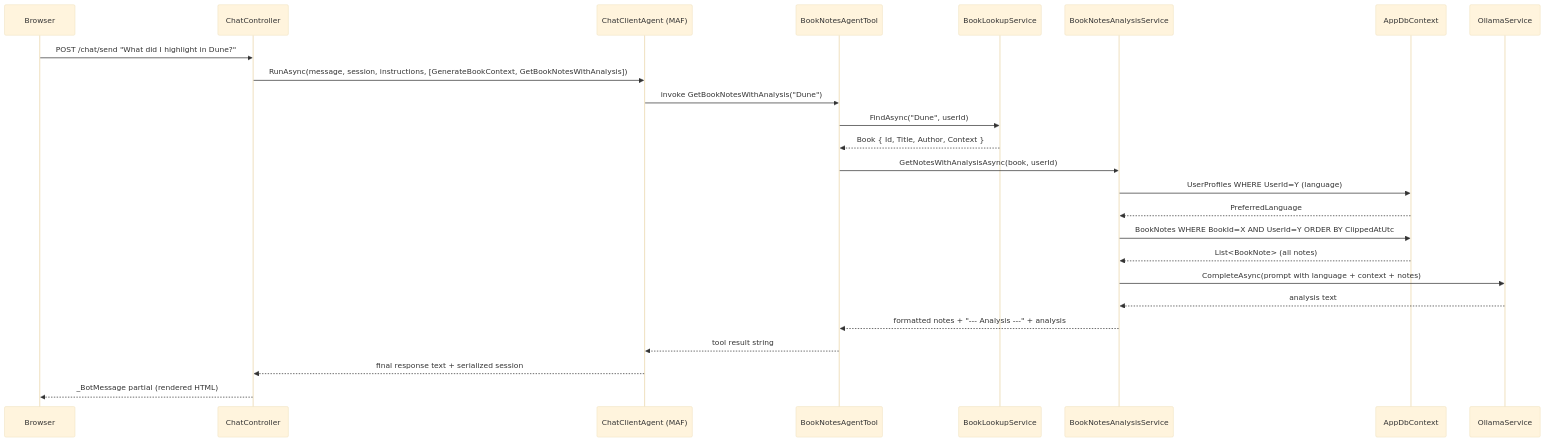
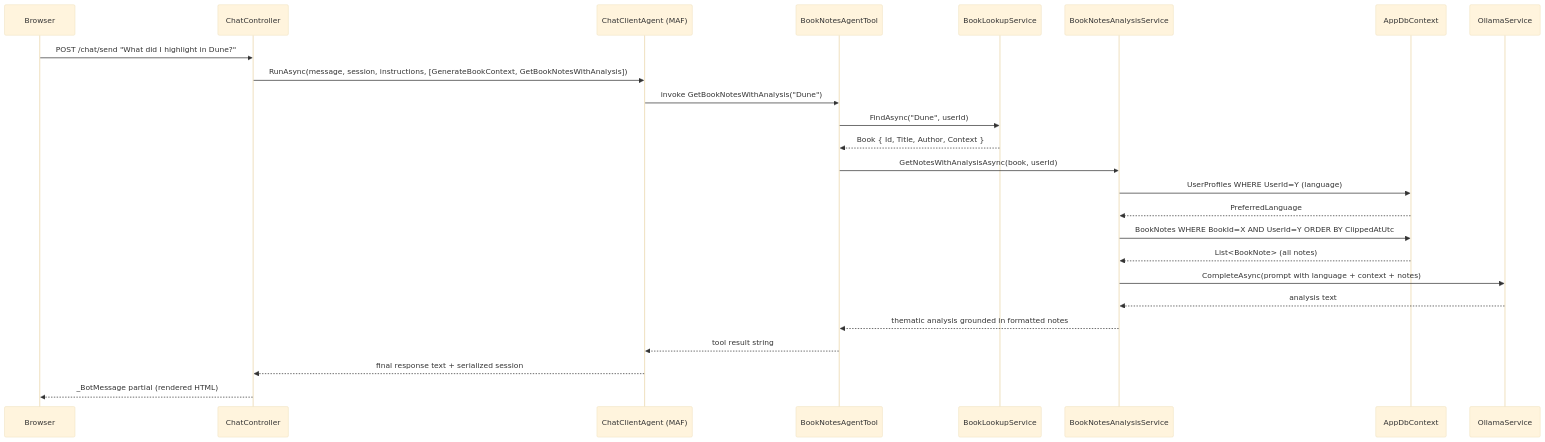
One commit to FabioRNobrega/book-notes-ia changed the diagram in Specs/20260604133551-book-notes-agent-tool/Plan.md. Above: the diagram before and after it, drawn with Mermaid (base theme). The commit also changed other lines of this file and 10 other files, not shown here.

Commit message:
feat(book-notes): implement BookNotesAgentTool and BookNotesAnalysisService for thematic analysis of user notes

````diff
--- a/Specs/20260604133551-book-notes-agent-tool/Plan.md
+++ b/Specs/20260604133551-book-notes-agent-tool/Plan.md
@@ -101,28 +104,28 @@
 ```mermaid
 sequenceDiagram
     participant Browser
     participant ChatController
     participant MAFAgent as ChatClientAgent (MAF)
     participant BookNotesAgentTool
     participant BookLookupService
     participant BookNotesAnalysisService
     participant AppDbContext
     participant OllamaService
 
     Browser->>ChatController: POST /chat/send "What did I highlight in Dune?"
     ChatController->>MAFAgent: RunAsync(message, session, instructions, [GenerateBookContext, GetBookNotesWithAnalysis])
     MAFAgent->>BookNotesAgentTool: invoke GetBookNotesWithAnalysis("Dune")
     BookNotesAgentTool->>BookLookupService: FindAsync("Dune", userId)
     BookLookupService-->>BookNotesAgentTool: Book { Id, Title, Author, Context }
     BookNotesAgentTool->>BookNotesAnalysisService: GetNotesWithAnalysisAsync(book, userId)
     BookNotesAnalysisService->>AppDbContext: UserProfiles WHERE UserId=Y (language)
     AppDbContext-->>BookNotesAnalysisService: PreferredLanguage
     BookNotesAnalysisService->>AppDbContext: BookNotes WHERE BookId=X AND UserId=Y ORDER BY ClippedAtUtc
     AppDbContext-->>BookNotesAnalysisService: List<BookNote> (all notes)
     BookNotesAnalysisService->>OllamaService: CompleteAsync(prompt with language + context + notes)
     OllamaService-->>BookNotesAnalysisService: analysis text
-    BookNotesAnalysisService-->>BookNotesAgentTool: formatted notes + "--- Analysis ---" + analysis
+    BookNotesAnalysisService-->>BookNotesAgentTool: thematic analysis grounded in formatted notes
     BookNotesAgentTool-->>MAFAgent: tool result string
     MAFAgent-->>ChatController: final response text + serialized session
     ChatController-->>Browser: _BotMessage partial (rendered HTML)
 ```
````
